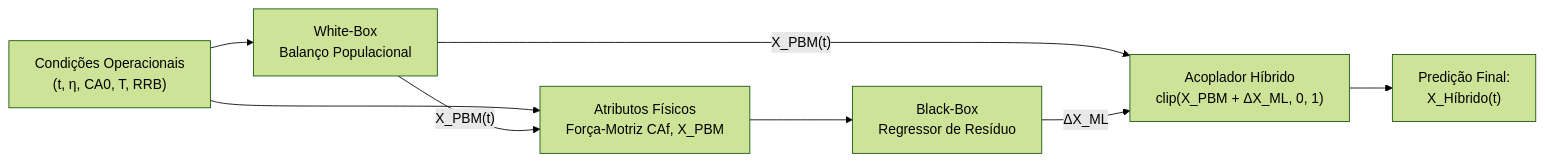
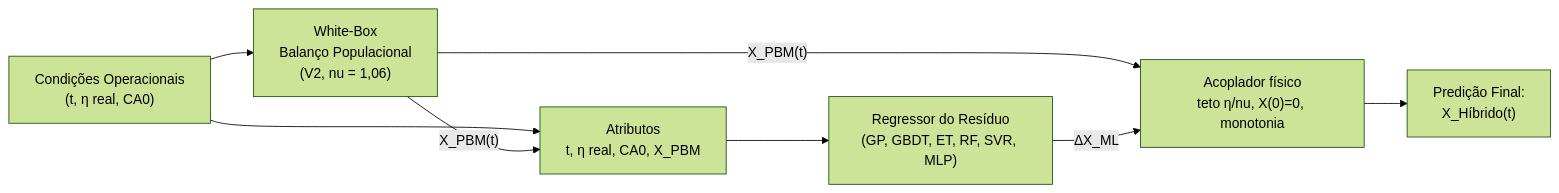
The diagram in scripts/Arquitetura.md (guimouraf1234-bit/lop), drawn with Mermaid (forest theme) before and after one commit. The commit also changed other lines of this file and 38 other files, not shown here.

````diff
--- a/scripts/Arquitetura.md
+++ b/scripts/Arquitetura.md
@@ -123,20 +129,20 @@
 ```mermaid
 graph LR
-    A["Condições Operacionais<br/>(t, η, CA0, T, RRB)"]
-    
-    B["White-Box<br/>Balanço Populacional"]
-    
-    C["Atributos Físicos<br/>Força-Motriz CAf, X_PBM"]
-    D["Black-Box<br/>Regressor de Resíduo"]
-    
-    E["Acoplador Híbrido<br/>clip(X_PBM + ΔX_ML, 0, 1)"]
-    F["Predição Final:<br/>X_Híbrido(t)<br/>"]
+    A["Condições Operacionais<br/>(t, η real, CA0)"]
+
+    B["White-Box<br/>Balanço Populacional<br/>(V2, nu = 1,06)"]
+
+    C["Atributos<br/>t, η real, CA0, X_PBM"]
+    D["Regressor do Resíduo<br/>(GP, GBDT, ET, RF, SVR, MLP)"]
+
+    E["Acoplador físico<br/>teto η/nu, X(0)=0, monotonia"]
+    F["Predição Final:<br/>X_Híbrido(t)"]
 
     A --> B
     A --> C
     B -->|"X_PBM(t)"| C
     C --> D
     B -->|"X_PBM(t)"| E
     D -->|"ΔX_ML"| E
     E --> F
 ```
````
